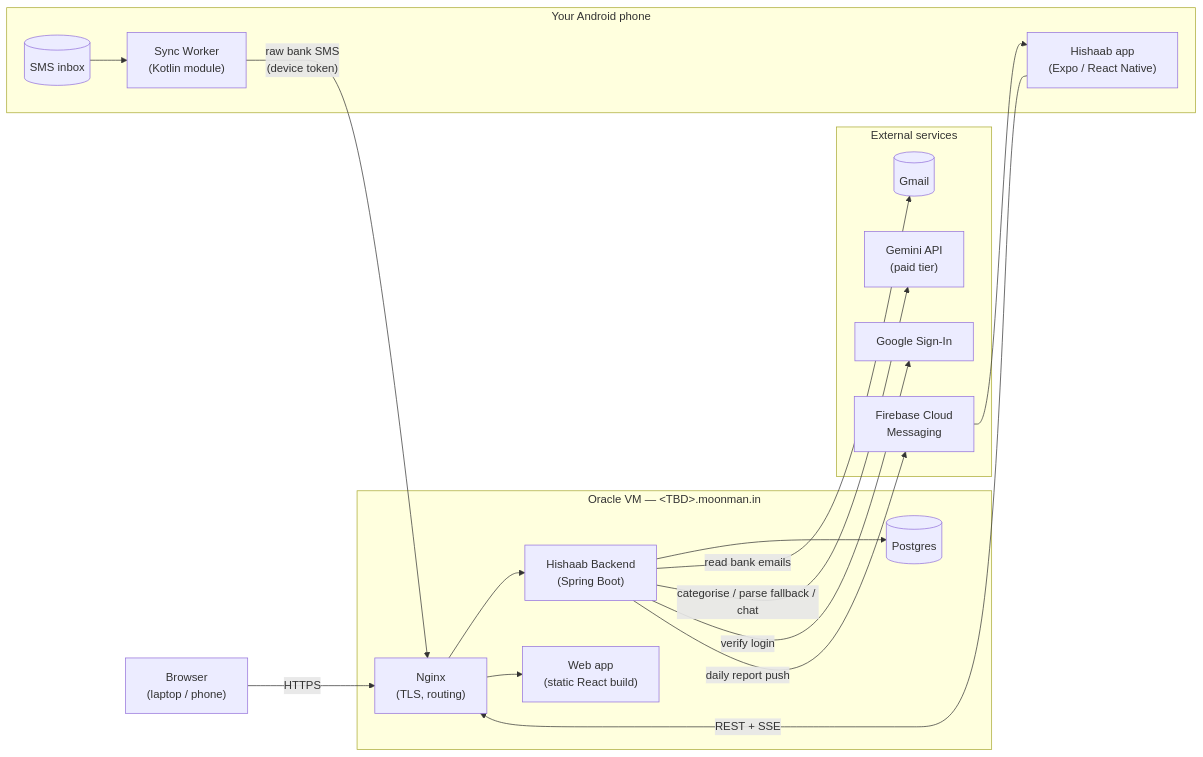
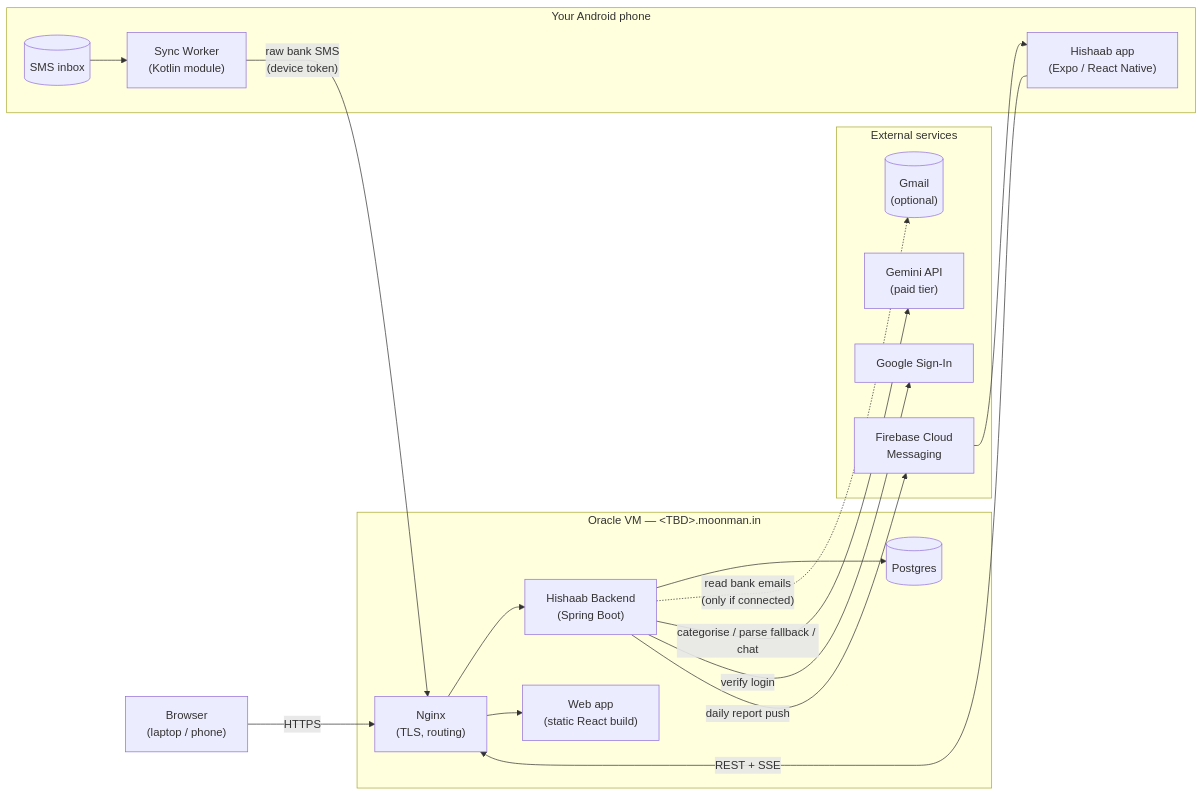
The first of 19 diagrams in docs/Hishaab-ai-HLD.md (moonman369/hishaab), drawn with Mermaid before and after one commit. The commit also changed other lines of this file and 34 other files, not shown here.

First line of the commit message:
UPDATE HLD AND DIAGRAMS FOR OPTIONAL EMAIL CONNECTIVITY

````diff
--- a/docs/Hishaab-ai-HLD.md
+++ b/docs/Hishaab-ai-HLD.md
@@ -112,37 +113,37 @@
 ```mermaid
 flowchart LR
     subgraph Phone["Your Android phone"]
         SMS[("SMS inbox")]
         Worker["Sync Worker<br/>(Kotlin module)"]
         App["Hishaab app<br/>(Expo / React Native)"]
         SMS --> Worker
     end
 
     subgraph Cloud["External services"]
-        Gmail[("Gmail")]
+        Gmail[("Gmail<br/>(optional)")]
         Gemini["Gemini API<br/>(paid tier)"]
         GAuth["Google Sign-In"]
         FCM["Firebase Cloud<br/>Messaging"]
     end
 
     subgraph VM["Oracle VM — &lt;TBD&gt;.moonman.in"]
         Nginx["Nginx<br/>(TLS, routing)"]
         API["Hishaab Backend<br/>(Spring Boot)"]
         DB[("Postgres")]
         Web["Web app<br/>(static React build)"]
         Nginx --> API
         Nginx --> Web
         API --> DB
     end
 
     Browser["Browser<br/>(laptop / phone)"]
 
     Worker -- "raw bank SMS<br/>(device token)" --> Nginx
     App -- "REST + SSE" --> Nginx
     Browser -- "HTTPS" --> Nginx
-    API -- "read bank emails" --> Gmail
+    API -.->|"read bank emails<br/>(only if connected)"| Gmail
     API -- "categorise / parse fallback / chat" --> Gemini
     API -- "verify login" --> GAuth
     API -- "daily report push" --> FCM
     FCM --> App
 ```
````
